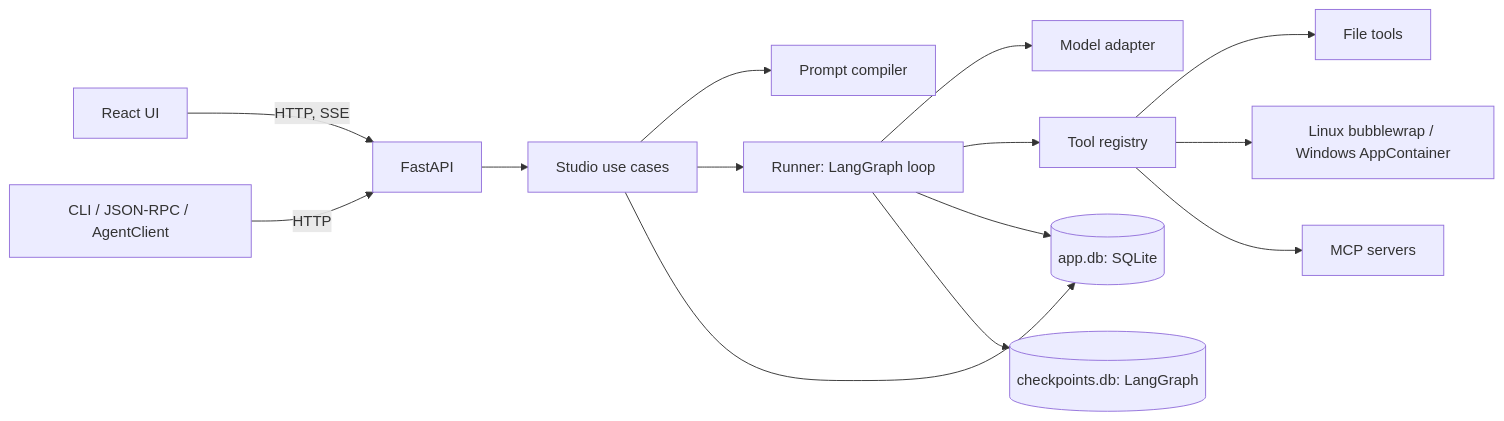
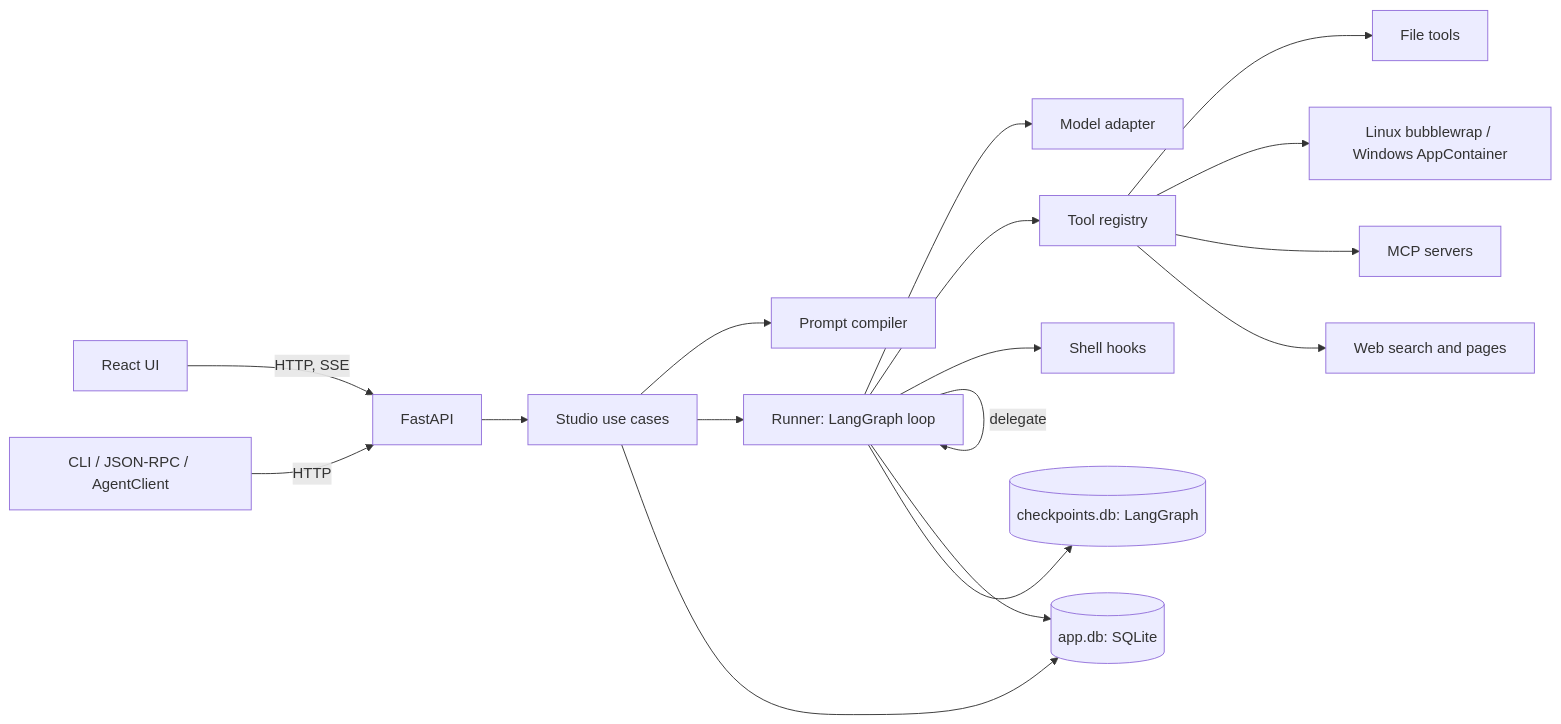
One commit to shiraha721/glassbox changed the first of 3 diagrams in docs/architecture.md. Above: the diagram before and after it, drawn with Mermaid. The commit also changed other lines of this file and 4 other files, not shown here.

````diff
--- a/docs/architecture.md
+++ b/docs/architecture.md
@@ -9,16 +9,19 @@
 ```mermaid
 flowchart LR
     UI[React UI] -->|HTTP, SSE| API[FastAPI]
     CLI[CLI / JSON-RPC / AgentClient] -->|HTTP| API
     API --> Studio[Studio use cases]
     Studio --> Compiler[Prompt compiler]
     Studio --> Runner[Runner: LangGraph loop]
     Runner --> Provider[Model adapter]
     Runner --> Tools[Tool registry]
     Tools --> Files[File tools]
     Tools --> Sandbox[Linux bubblewrap / Windows AppContainer]
     Tools --> MCP[MCP servers]
+    Tools --> Web[Web search and pages]
+    Runner --> Hooks[Shell hooks]
+    Runner -->|delegate| Runner
     Studio --> DB[(app.db: SQLite)]
     Runner --> DB
     Runner --> CP[(checkpoints.db: LangGraph)]
 ```
````
